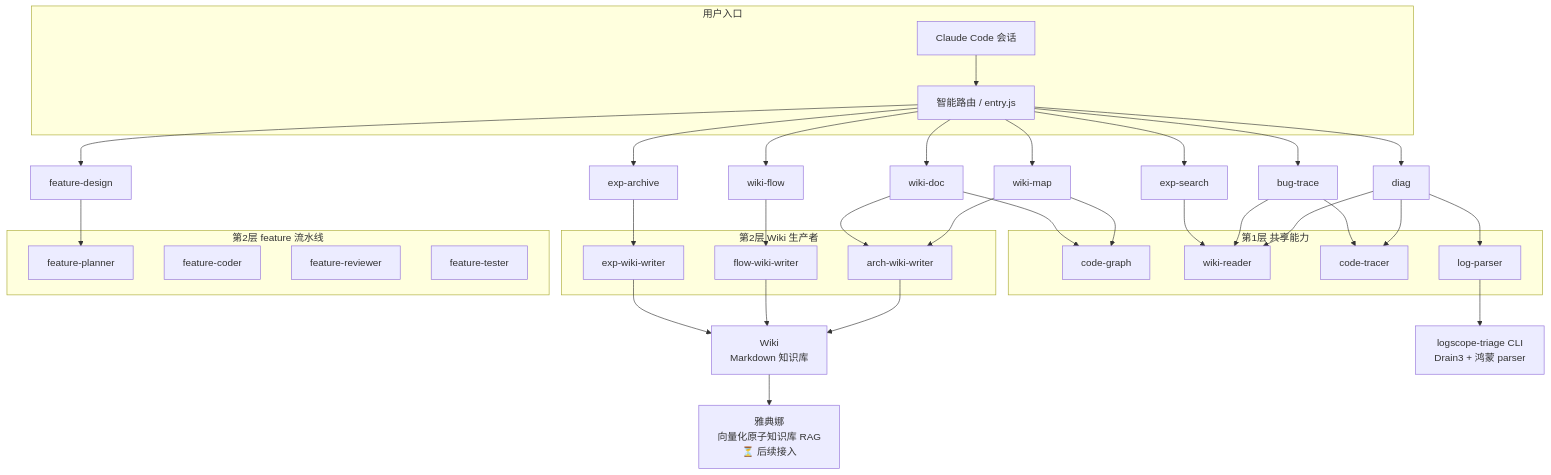
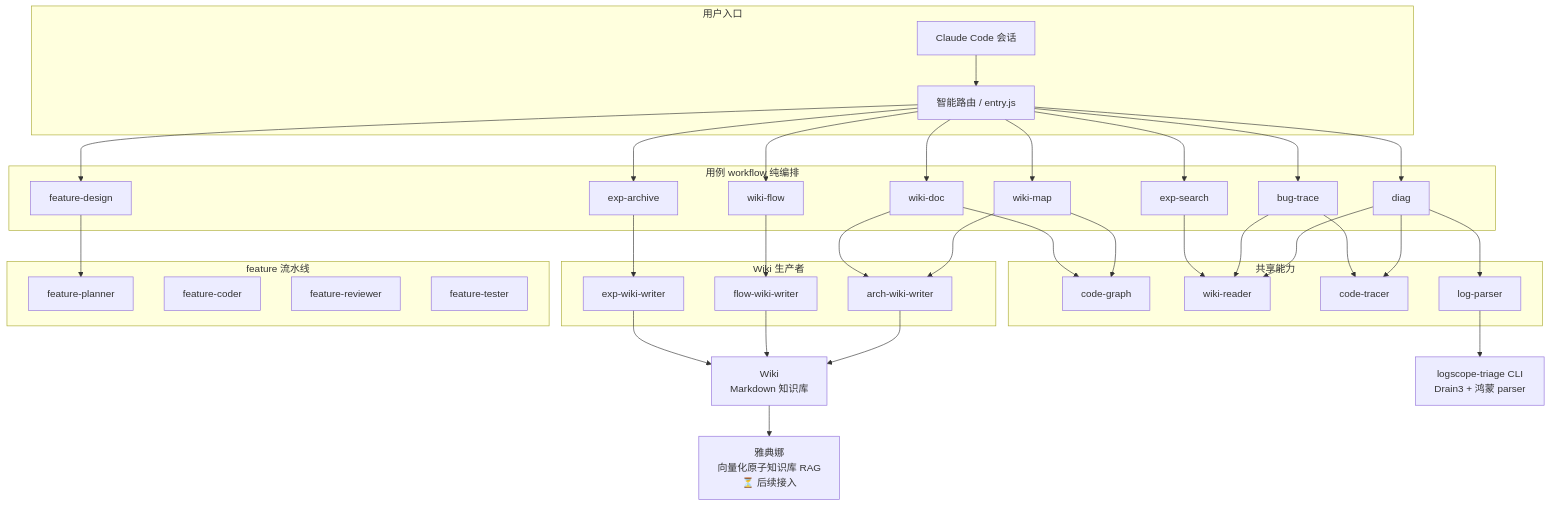
One commit to astronautJack/HiAgent changed the diagram in README.md. Above: the diagram before and after it, drawn with Mermaid. The commit also changed 8 other files, not shown here.

````diff
--- a/README.md
+++ b/README.md
@@ -81,61 +81,72 @@
 ```mermaid
 flowchart TB
     subgraph UI[用户入口]
         Sess[Claude Code 会话]
         Entry["智能路由 / entry.js"]
     end
 
-    subgraph CAP[第1层 共享能力]
+    subgraph WF[用例 workflow 纯编排]
+        Diag[diag]
+        BugT[bug-trace]
+        FeatD[feature-design]
+        WMap[wiki-map]
+        WDoc[wiki-doc]
+        WFlow[wiki-flow]
+        ExpA[exp-archive]
+        ExpS[exp-search]
+    end
+
+    subgraph CAP[共享能力]
         CG[code-graph]
         WR[wiki-reader]
         CT[code-tracer]
         LP[log-parser]
     end
 
-    subgraph PROD[第2层 Wiki 生产者]
+    subgraph PROD[Wiki 生产者]
         AW[arch-wiki-writer]
         FW[flow-wiki-writer]
         EW[exp-wiki-writer]
     end
 
-    subgraph FEAT[第2层 feature 流水线]
+    subgraph FEAT[feature 流水线]
         FP[feature-planner]
         FC[feature-coder]
         FR[feature-reviewer]
         FT[feature-tester]
     end
 
     Wiki[Wiki<br/>Markdown 知识库]
     CLI["logscope-triage CLI<br/>Drain3 + 鸿蒙 parser"]
     ATH["雅典娜<br/>向量化原子知识库 RAG<br/>⏳ 后续接入"]
 
     Sess --> Entry
-    Entry --> Diag[diag]
-    Entry --> BugT[bug-trace]
-    Entry --> FeatD[feature-design]
-    Entry --> WMap[wiki-map]
-    Entry --> WDoc[wiki-doc]
-    Entry --> WFlow[wiki-flow]
-    Entry --> ExpA[exp-archive]
-    Entry --> ExpS[exp-search]
+    Entry --> Diag
+    Entry --> BugT
+    Entry --> FeatD
+    Entry --> WMap
+    Entry --> WDoc
+    Entry --> WFlow
+    Entry --> ExpA
+    Entry --> ExpS
 
     Diag --> LP
     Diag --> WR
     Diag --> CT
     BugT --> WR
     BugT --> CT
     FeatD --> FP
     WMap --> CG
     WMap --> AW
     WDoc --> CG
     WDoc --> AW
     WFlow --> FW
     ExpA --> EW
     ExpS --> WR
 
     AW --> Wiki
     FW --> Wiki
     EW --> Wiki
     LP --> CLI
     Wiki --> ATH
 ```
````
